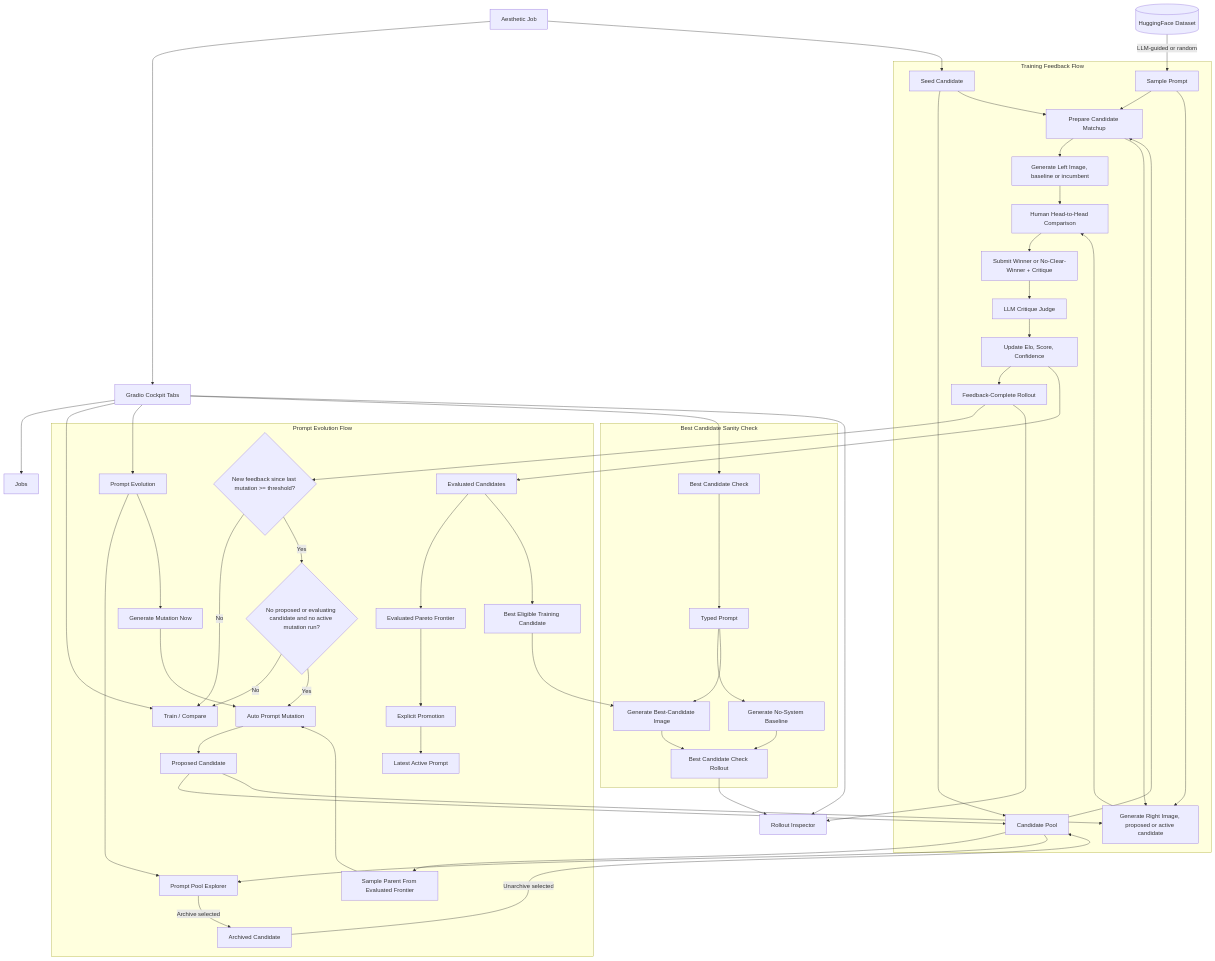
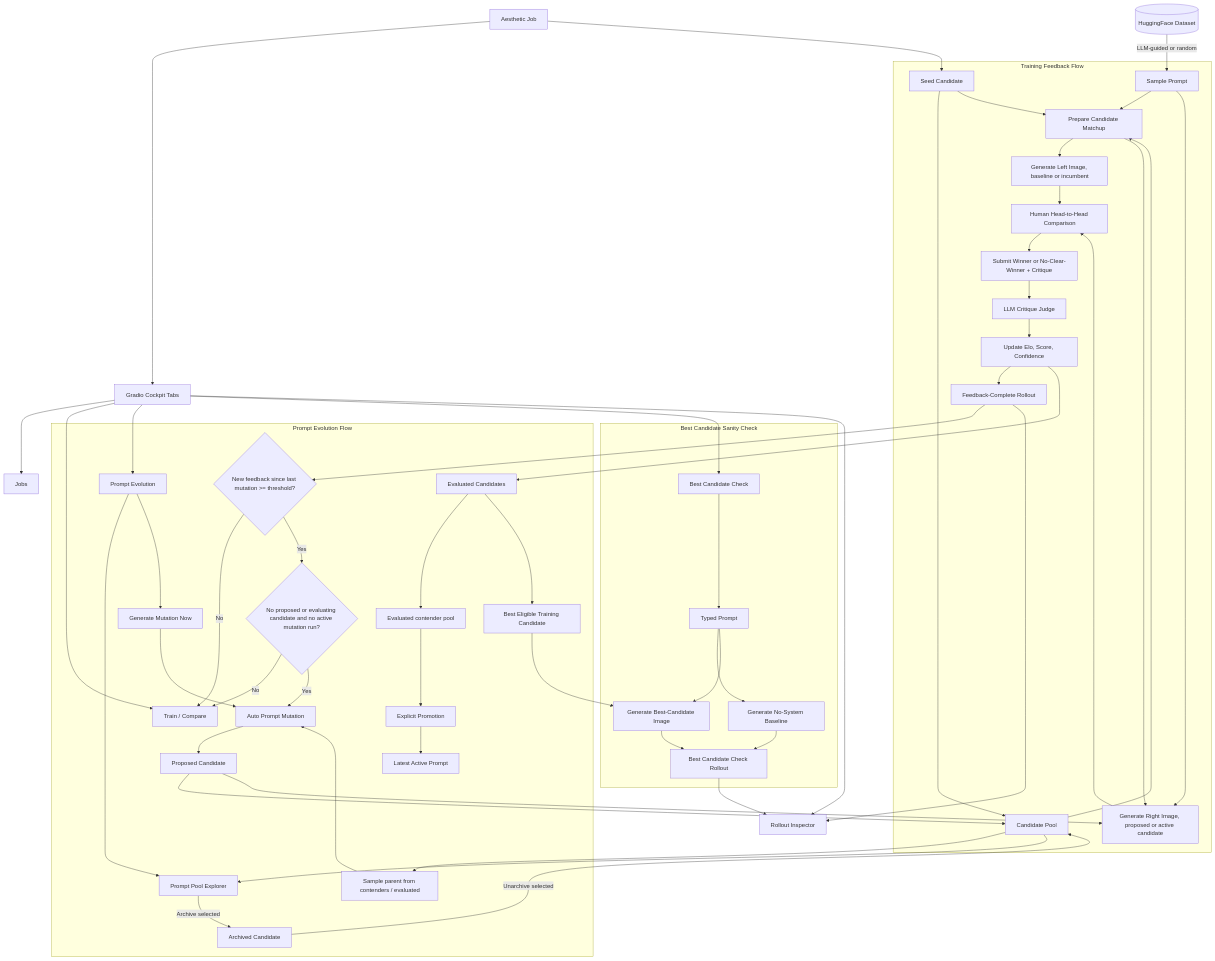
Before and after one commit to anath2/image-preference-modelling: the diagram in docs/architecture.md, drawn with Mermaid. The commit also changed other lines of this file and 8 other files, not shown here.

Commit message:
Simplify candidate preference rubric (Elo score, contender pool)

````diff
--- a/docs/architecture.md
+++ b/docs/architecture.md
@@ -1,80 +1,80 @@
 ```mermaid
 flowchart TD
     DS[("HuggingFace Dataset")]
     Job["Aesthetic Job"]
     Seed["Seed Candidate"]
     Pool["Candidate Pool"]
     UI["Gradio Cockpit Tabs"]
     JobsTab["Jobs"]
     TrainTab["Train / Compare"]
     GepaTab["Prompt Evolution"]
     PoolExplorer["Prompt Pool Explorer"]
     CheckTab["Best Candidate Check"]
     InspectorTab["Rollout Inspector"]
 
     DS -->|"LLM-guided or random"| SP["Sample Prompt"]
     Job --> UI
     Job --> Seed
     Seed --> Pool
     UI --> JobsTab
     UI --> TrainTab
     UI --> GepaTab
     UI --> CheckTab
     UI --> InspectorTab
     GepaTab --> PoolExplorer
 
     subgraph trainingFlow ["Training Feedback Flow"]
         SP --> Matchup["Prepare Candidate Matchup"]
         Seed --> Matchup
         Pool --> Matchup
         Matchup --> BL["Generate Left Image, baseline or incumbent"]
         Matchup --> CA
         SP --> CA["Generate Right Image, proposed or active candidate"]
         BL --> HC["Human Head-to-Head Comparison"]
         CA --> HC
         HC --> FB["Submit Winner or No-Clear-Winner + Critique"]
         FB --> Judge["LLM Critique Judge"]
         Judge --> Reward["Update Elo, Score, Confidence"]
         Reward --> RO["Feedback-Complete Rollout"]
     end
 
     subgraph optimizerFlow ["Prompt Evolution Flow"]
         Reward --> Evaluated
         RO --> GG{"New feedback since last mutation >= threshold?"}
         Pending{"No proposed or evaluating candidate and no active mutation run?"}
         GG -->|"No"| TrainTab
         GG -->|"Yes"| Pending
         Pending -->|"No"| TrainTab
         Pending -->|"Yes"| GO["Auto Prompt Mutation"]
         GepaTab --> Manual["Generate Mutation Now"]
         Manual --> GO
         Proposed["Proposed Candidate"]
         Archived["Archived Candidate"]
         Evaluated["Evaluated Candidates"]
-        Frontier["Evaluated Pareto Frontier"]
-        Pool --> Parent["Sample Parent From Evaluated Frontier"]
+        Contenders["Evaluated contender pool"]
+        Pool --> Parent["Sample parent from contenders / evaluated"]
         Parent --> GO
         GO --> Proposed
         Proposed --> Pool
         Proposed --> CA
         Pool --> PoolExplorer
         PoolExplorer -->|"Archive selected"| Archived
         Archived -->|"Unarchive selected"| Pool
-        Evaluated --> Frontier
+        Evaluated --> Contenders
         Evaluated --> Best["Best Eligible Training Candidate"]
-        Frontier --> Promote["Explicit Promotion"]
+        Contenders --> Promote["Explicit Promotion"]
         Promote --> Active["Latest Active Prompt"]
     end
 
     subgraph checkFlow ["Best Candidate Sanity Check"]
         CheckTab --> CheckPrompt["Typed Prompt"]
         Best --> CheckCandidate["Generate Best-Candidate Image"]
         CheckPrompt --> CheckBaseline["Generate No-System Baseline"]
         CheckPrompt --> CheckCandidate
         CheckBaseline --> CheckRollout["Best Candidate Check Rollout"]
         CheckCandidate --> CheckRollout
     end
 
     RO --> InspectorTab
     CheckRollout --> InspectorTab
 ```
````
